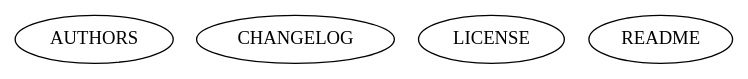
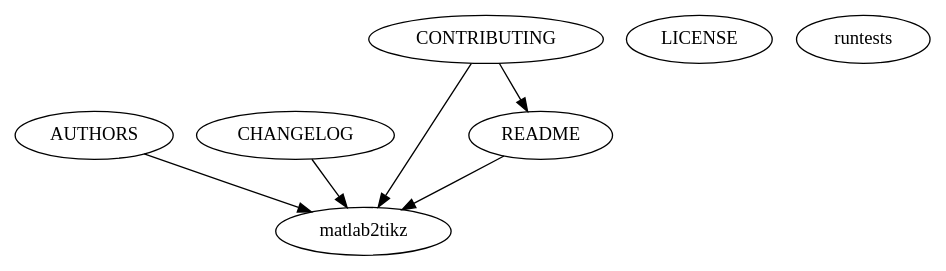
One commit to luclaurent/GRENAT changed the diagram in doc/GRENAT/src/libs/matlab2tikz/graph.dot. Above: the diagram before and after it, drawn with Graphviz. The commit also changed 178 other files, not shown here.

```diff
--- a/doc/GRENAT/src/libs/matlab2tikz/graph.dot
+++ b/doc/GRENAT/src/libs/matlab2tikz/graph.dot
@@ -1,8 +1,16 @@
 /* Created by mdot for Matlab */
 digraph m2html {
+  AUTHORS -> matlab2tikz;
+  CHANGELOG -> matlab2tikz;
+  CONTRIBUTING -> README;
+  CONTRIBUTING -> matlab2tikz;
+  README -> matlab2tikz;
 
   AUTHORS [URL="AUTHORS.html"];
   CHANGELOG [URL="CHANGELOG.html"];
+  CONTRIBUTING [URL="CONTRIBUTING.html"];
   LICENSE [URL="LICENSE.html"];
   README [URL="README.html"];
+  matlab2tikz [URL="matlab2tikz.html"];
+  runtests [URL="runtests.html"];
 }
```
